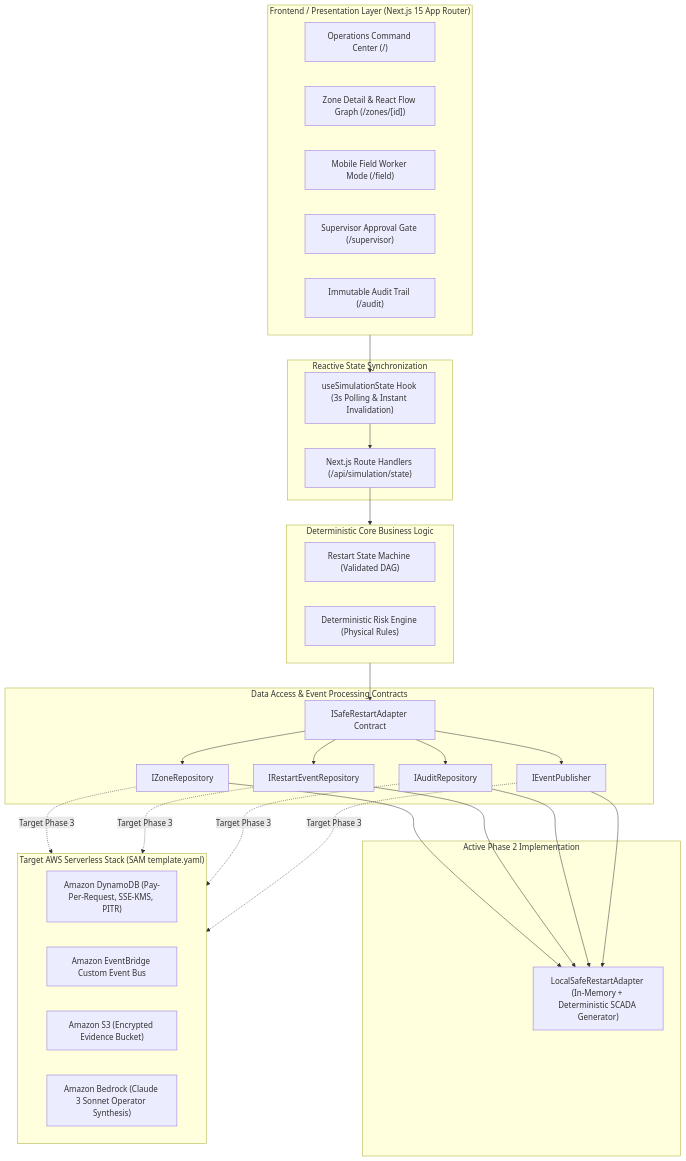
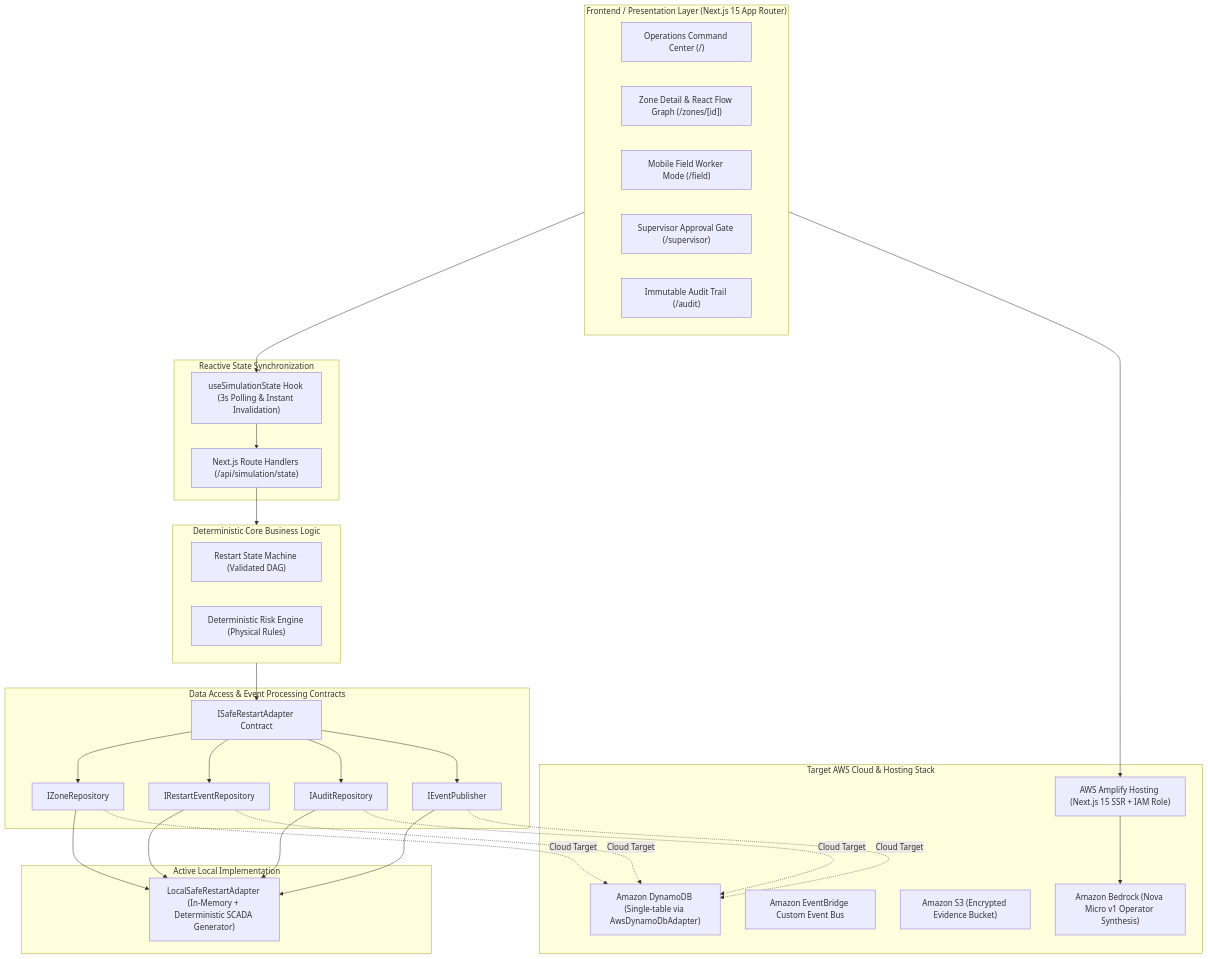
The first of 2 diagrams in docs/ARCHITECTURE.md (Bharathadi01/saferestart), drawn with Mermaid before and after one commit. The commit also changed other lines of this file and 36 other files, not shown here.

````diff
--- a/docs/ARCHITECTURE.md
+++ b/docs/ARCHITECTURE.md
@@ -11,47 +11,50 @@
 ```mermaid
 flowchart TD
     subgraph UI ["Frontend / Presentation Layer (Next.js 15 App Router)"]
         CC["Operations Command Center (/)"]
         ZD["Zone Detail & React Flow Graph (/zones/[id])"]
         FW["Mobile Field Worker Mode (/field)"]
         SR["Supervisor Approval Gate (/supervisor)"]
         AT["Immutable Audit Trail (/audit)"]
     end
 
     subgraph ClientState ["Reactive State Synchronization"]
         Hook["useSimulationState Hook (3s Polling & Instant Invalidation)"]
         API["Next.js Route Handlers (/api/simulation/state)"]
     end
 
     subgraph CoreEngine ["Deterministic Core Business Logic"]
         SM["Restart State Machine (Validated DAG)"]
         RE["Deterministic Risk Engine (Physical Rules)"]
     end
 
     subgraph Abstraction ["Data Access & Event Processing Contracts"]
         IData["ISafeRestartAdapter Contract"]
         IZone["IZoneRepository"]
         IEvent["IRestartEventRepository"]
         IAudit["IAuditRepository"]
         IPub["IEventPublisher"]
     end
 
-    subgraph LocalImpl ["Active Phase 2 Implementation"]
+    subgraph LocalImpl ["Active Local Implementation"]
         Local["LocalSafeRestartAdapter (In-Memory + Deterministic SCADA Generator)"]
     end
 
-    subgraph CloudTarget ["Target AWS Serverless Stack (SAM template.yaml)"]
-        DDB["Amazon DynamoDB (Pay-Per-Request, SSE-KMS, PITR)"]
+    subgraph CloudTarget ["Target AWS Cloud & Hosting Stack"]
+        Amplify["AWS Amplify Hosting (Next.js 15 SSR + IAM Role)"]
+        DDB["Amazon DynamoDB (Single-table via AwsDynamoDbAdapter)"]
         EB["Amazon EventBridge Custom Event Bus"]
         S3["Amazon S3 (Encrypted Evidence Bucket)"]
-        Bedrock["Amazon Bedrock (Claude 3 Sonnet Operator Synthesis)"]
+        Bedrock["Amazon Bedrock (Nova Micro v1 Operator Synthesis)"]
     end
 
     UI --> Hook
     Hook --> API
     API --> CoreEngine
     CoreEngine --> IData
     IData --> IZone & IEvent & IAudit & IPub
     IZone & IEvent & IAudit & IPub --> Local
-    IZone & IEvent & IAudit & IPub -.->|Target Phase 3| CloudTarget
+    IZone & IEvent & IAudit & IPub -.->|Cloud Target| DDB
+    UI --> Amplify
+    Amplify --> Bedrock
 ```
````
